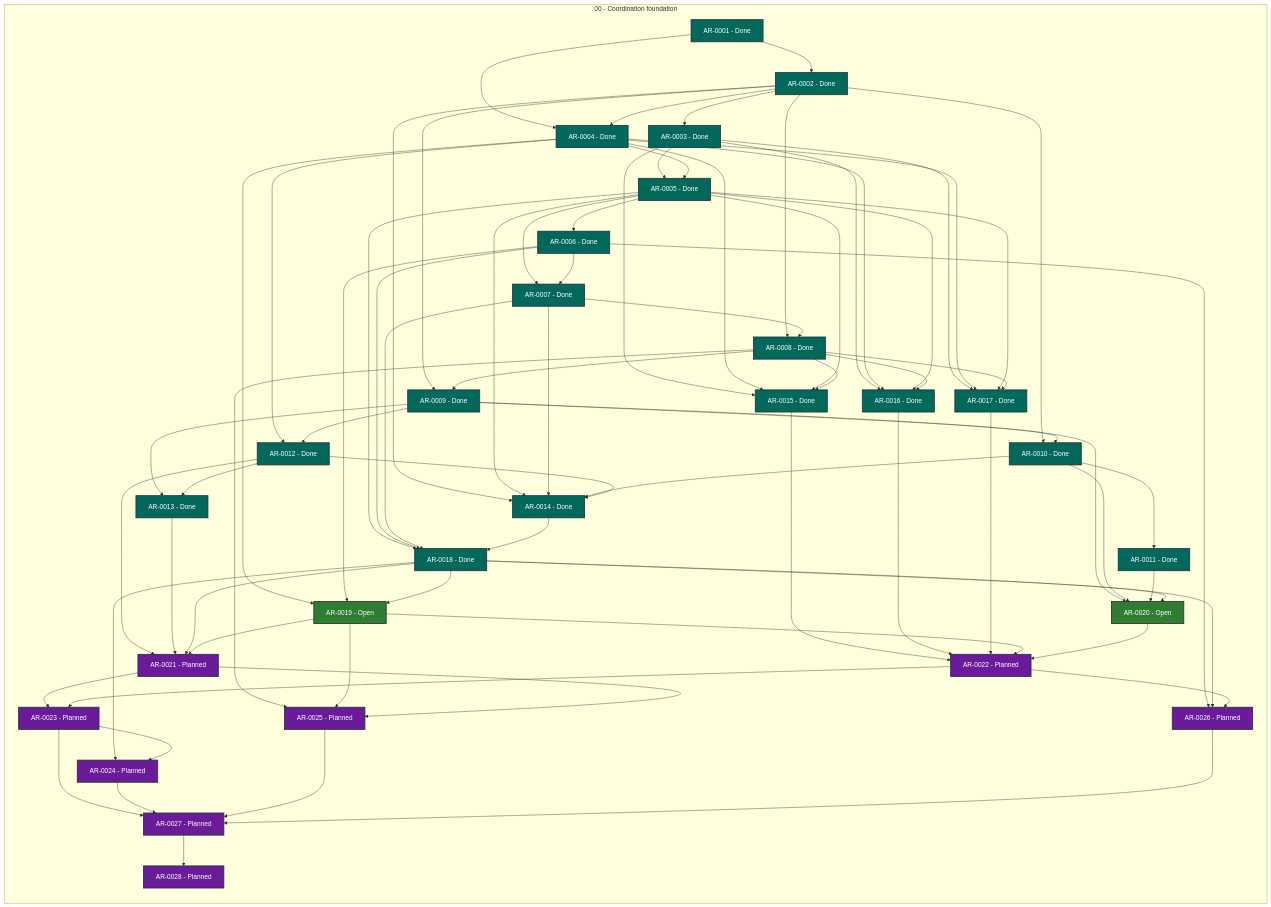
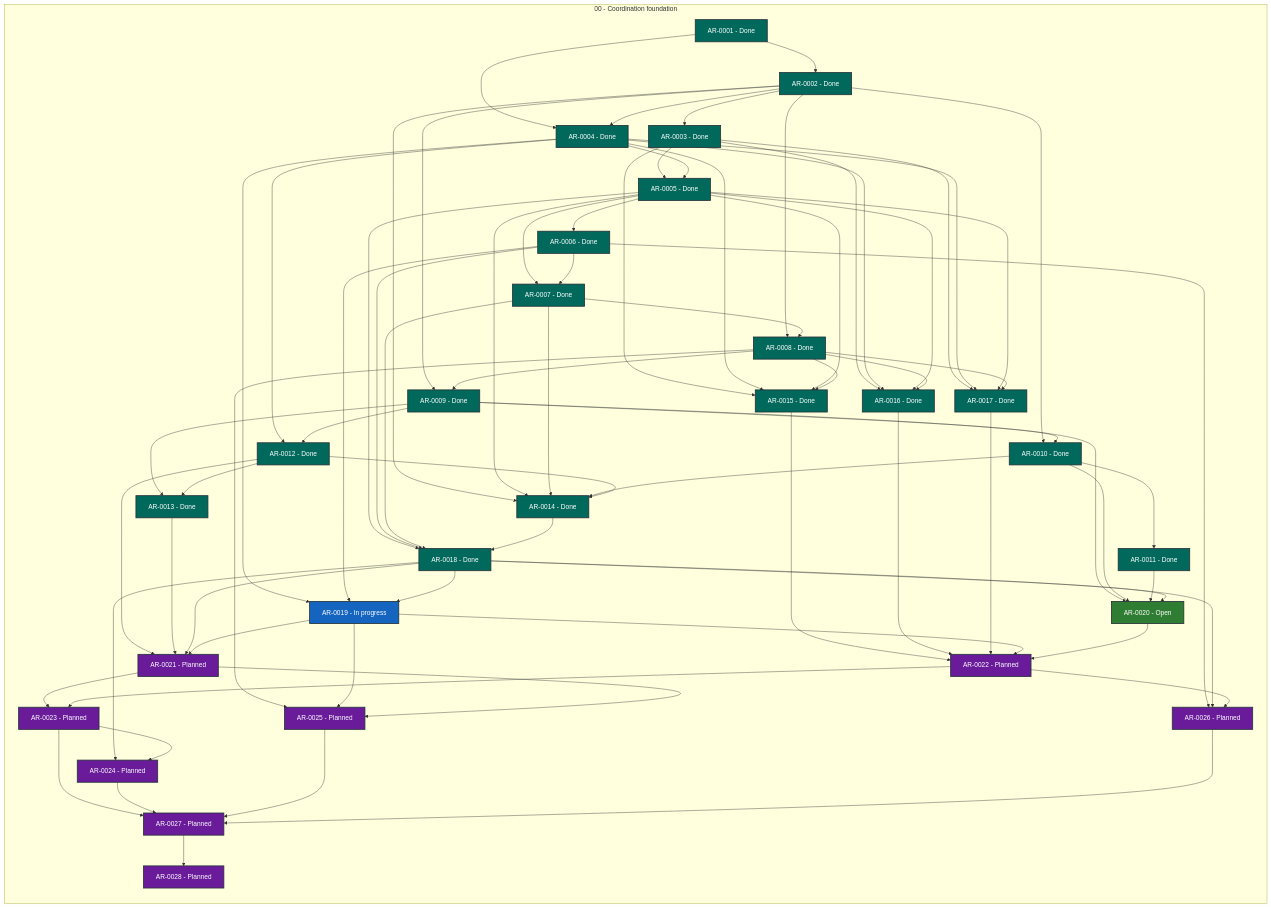
The diagram in STATUS.md (martin-beck/agent-workflow-runtime-state), drawn with Mermaid before and after one commit. The commit also changed other lines of this file and 2 other files, not shown here.

```diff
--- a/STATUS.md
+++ b/STATUS.md
@@ -46,7 +46,7 @@
         AR_0016["AR-0016 - Done"]:::status_done
         AR_0017["AR-0017 - Done"]:::status_done
         AR_0018["AR-0018 - Done"]:::status_done
-        AR_0019["AR-0019 - Open"]:::status_open
+        AR_0019["AR-0019 - In progress"]:::status_in_progress
         AR_0020["AR-0020 - Open"]:::status_open
         AR_0021["AR-0021 - Planned"]:::status_planned
         AR_0022["AR-0022 - Planned"]:::status_planned
```
